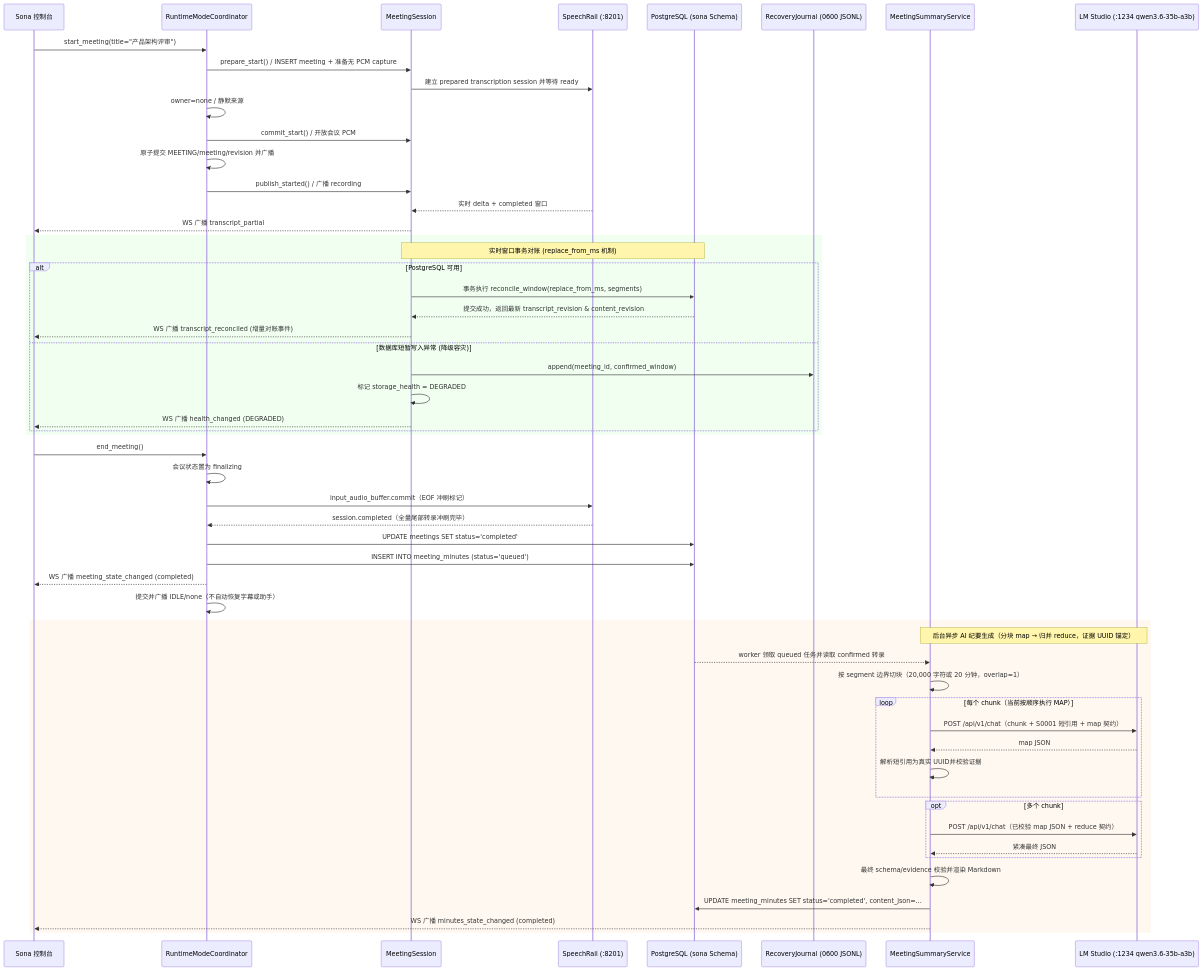
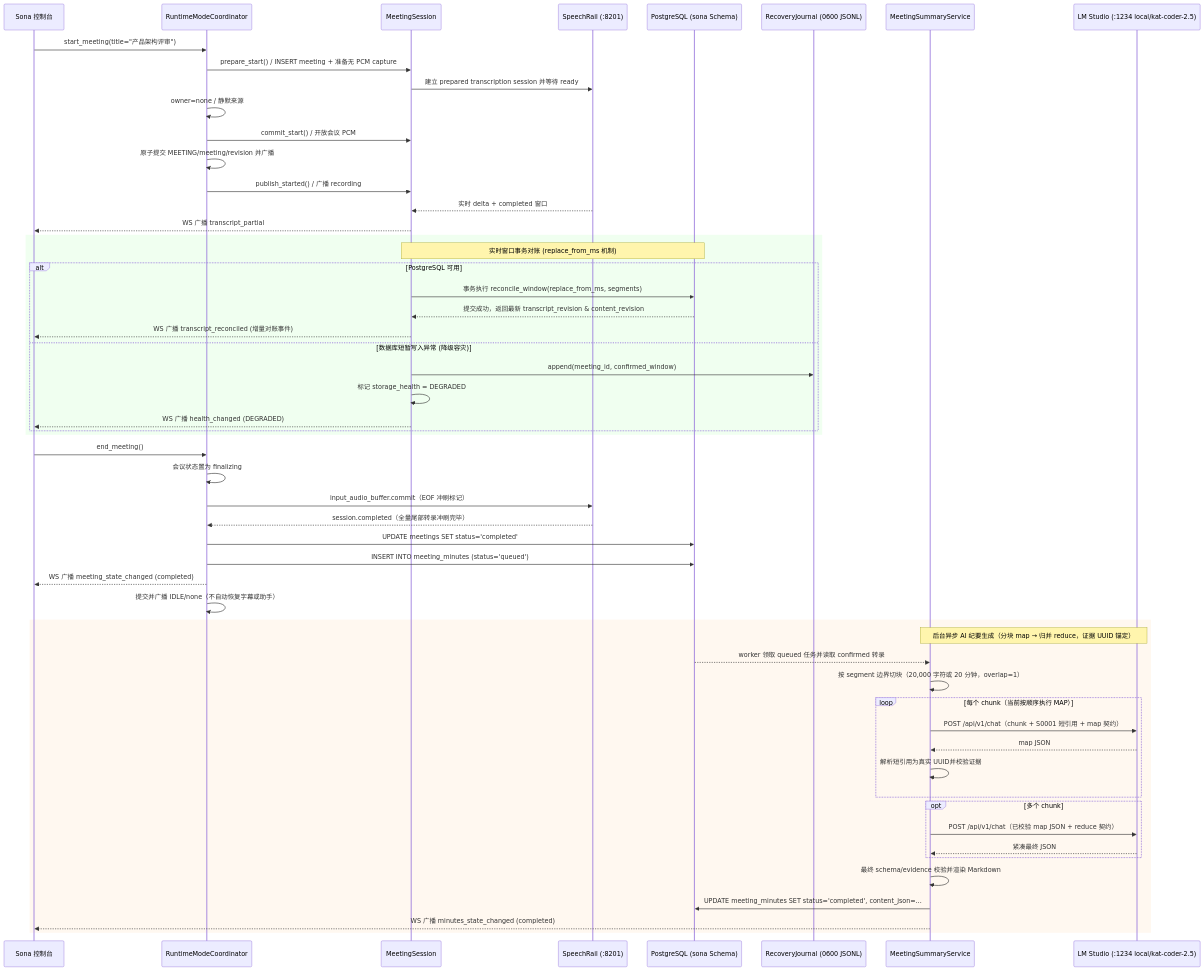
Before and after one commit to hrygo/voice-realtime: the tenth of 13 diagrams in docs/architecture/系统总体架构与详细设计方案.md, drawn with Mermaid. The commit also changed other lines of this file and 6 other files, not shown here.

Commit message:
docs: 统一默认模型为 local/kat-coder-2.5 并补充 LM Studio 配置分层

````diff
--- a/docs/architecture/系统总体架构与详细设计方案.md
+++ b/docs/architecture/系统总体架构与详细设计方案.md
@@ -566,61 +566,61 @@
 ```mermaid
 sequenceDiagram
     participant UI as Sona 控制台
     participant RT as RuntimeModeCoordinator
     participant MS as MeetingSession
     participant SR as SpeechRail (:8201)
     participant PG as PostgreSQL (sona Schema)
     participant RJ as RecoveryJournal (0600 JSONL)
     participant SW as MeetingSummaryService
-    participant LM as LM Studio (:1234 qwen3.6-35b-a3b)
+    participant LM as LM Studio (:1234 local/kat-coder-2.5)
 
     UI->>RT: start_meeting(title="产品架构评审")
     RT->>MS: prepare_start() / INSERT meeting + 准备无 PCM capture
     MS->>SR: 建立 prepared transcription session 并等待 ready
     RT->>RT: owner=none / 静默来源
     RT->>MS: commit_start() / 开放会议 PCM
     RT->>RT: 原子提交 MEETING/meeting/revision 并广播
     RT->>MS: publish_started() / 广播 recording
     SR-->>MS: 实时 delta + completed 窗口
     MS-->>UI: WS 广播 transcript_partial
 
     rect rgb(240, 255, 240)
     Note over MS,PG: 实时窗口事务对账 (replace_from_ms 机制)
     alt PostgreSQL 可用
         MS->>PG: 事务执行 reconcile_window(replace_from_ms, segments)
         PG-->>MS: 提交成功，返回最新 transcript_revision & content_revision
         MS-->>UI: WS 广播 transcript_reconciled (增量对账事件)
     else 数据库短暂写入异常 (降级容灾)
         MS->>RJ: append(meeting_id, confirmed_window)
         MS->>MS: 标记 storage_health = DEGRADED
         MS-->>UI: WS 广播 health_changed (DEGRADED)
     end
     end
 
     UI->>RT: end_meeting()
     RT->>RT: 会议状态置为 finalizing
     RT->>SR: input_audio_buffer.commit（EOF 冲刷标记）
     SR-->>RT: session.completed（全量尾部转录冲刷完毕）
     RT->>PG: UPDATE meetings SET status='completed'
     RT->>PG: INSERT INTO meeting_minutes (status='queued')
     RT-->>UI: WS 广播 meeting_state_changed (completed)
     RT->>RT: 提交并广播 IDLE/none（不自动恢复字幕或助手）
 
     rect rgb(255, 248, 240)
     Note over SW,LM: 后台异步 AI 纪要生成（分块 map → 归并 reduce，证据 UUID 锚定）
     PG-->>SW: worker 领取 queued 任务并读取 confirmed 转录
     SW->>SW: 按 segment 边界切块（20,000 字符或 20 分钟，overlap=1）
     loop 每个 chunk（当前按顺序执行 MAP）
         SW->>LM: POST /api/v1/chat（chunk + S0001 短引用 + map 契约）
         LM-->>SW: map JSON
         SW->>SW: 解析短引用为真实 UUID并校验证据
     end
     opt 多个 chunk
         SW->>LM: POST /api/v1/chat（已校验 map JSON + reduce 契约）
         LM-->>SW: 紧凑最终 JSON
     end
     SW->>SW: 最终 schema/evidence 校验并渲染 Markdown
     SW->>PG: UPDATE meeting_minutes SET status='completed', content_json=...
     SW-->>UI: WS 广播 minutes_state_changed (completed)
     end
 ```
````
